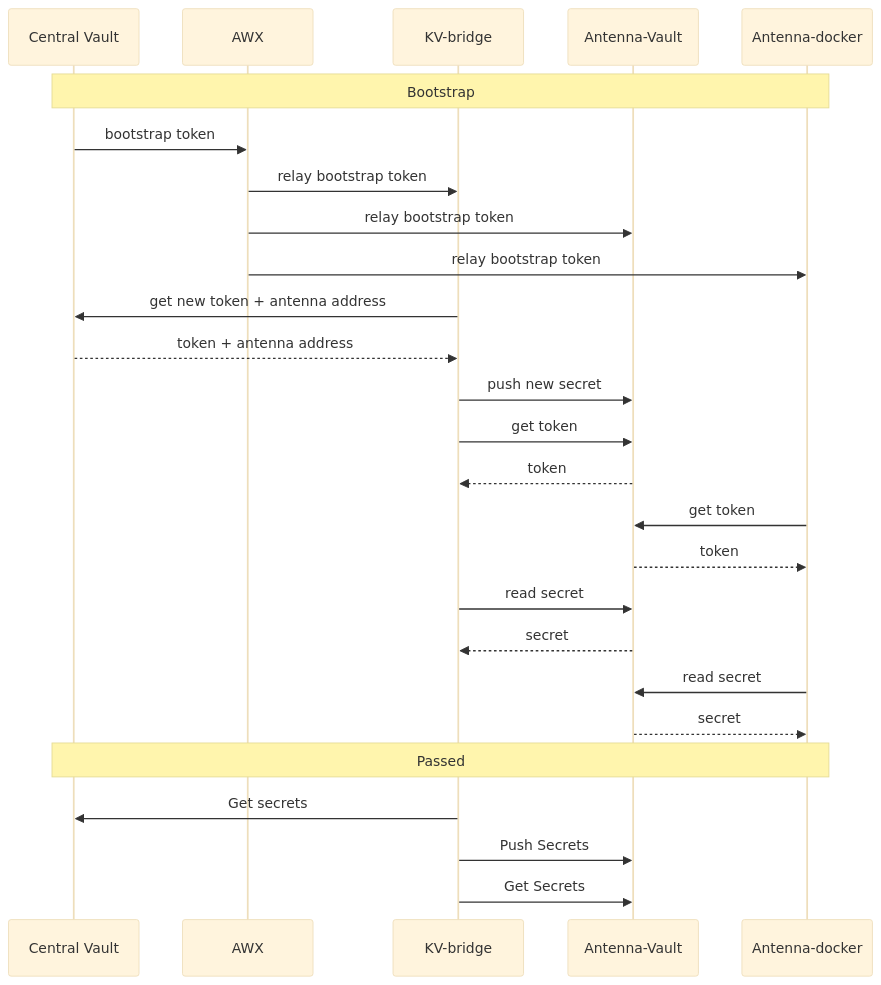
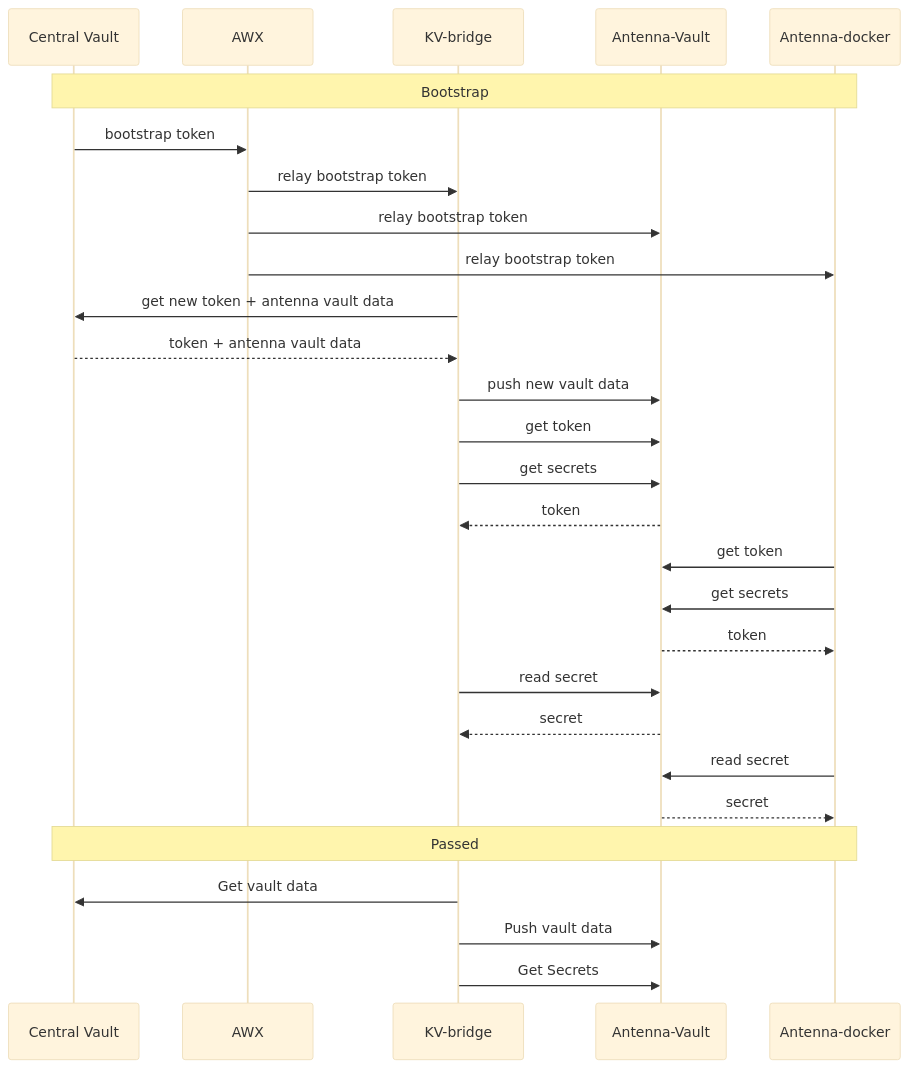
Before and after one commit to Benjy0812/kv-bridge: the diagram in flow.mermaid, drawn with Mermaid (base theme).

Commit message:
fix flow in flow.mermaid

```diff
--- a/flow.mermaid
+++ b/flow.mermaid
@@ -1,33 +1,36 @@
 sequenceDiagram
     participant CLOUD as Central Vault
     participant AWX as AWX
     participant BRIDGE as KV-bridge
     participant ANTENNA_VAULT as Antenna-Vault
     participant ANTENNA_DOCKER as Antenna-docker
 
     Note over CLOUD,ANTENNA_DOCKER: Bootstrap
     CLOUD->>AWX: bootstrap token
     AWX->>BRIDGE: relay bootstrap token
     AWX->>ANTENNA_VAULT: relay bootstrap token
     AWX->>ANTENNA_DOCKER: relay bootstrap token
 
-    BRIDGE->>CLOUD: get new token + antenna address
-    CLOUD-->>BRIDGE: token + antenna address
+    BRIDGE->>CLOUD: get new token + antenna vault data
+    CLOUD-->>BRIDGE: token + antenna vault data
 
-    BRIDGE->>ANTENNA_VAULT: push new secret
+    BRIDGE->>ANTENNA_VAULT: push new vault data
     BRIDGE->>ANTENNA_VAULT: get token
+    BRIDGE->>ANTENNA_VAULT: get secrets
     ANTENNA_VAULT-->>BRIDGE: token
 
+
     ANTENNA_DOCKER->>ANTENNA_VAULT: get token
+    ANTENNA_DOCKER->>ANTENNA_VAULT: get secrets
     ANTENNA_VAULT-->>ANTENNA_DOCKER: token
 
     BRIDGE->>ANTENNA_VAULT: read secret
     ANTENNA_VAULT-->>BRIDGE: secret
 
     ANTENNA_DOCKER->>ANTENNA_VAULT: read secret
     ANTENNA_VAULT-->>ANTENNA_DOCKER: secret
 
     Note over CLOUD,ANTENNA_DOCKER: Passed
-    BRIDGE ->> CLOUD: Get secrets
-    BRIDGE ->> ANTENNA_VAULT: Push Secrets
+    BRIDGE ->> CLOUD: Get vault data
+    BRIDGE ->> ANTENNA_VAULT: Push vault data
     BRIDGE ->> ANTENNA_VAULT: Get Secrets
```
